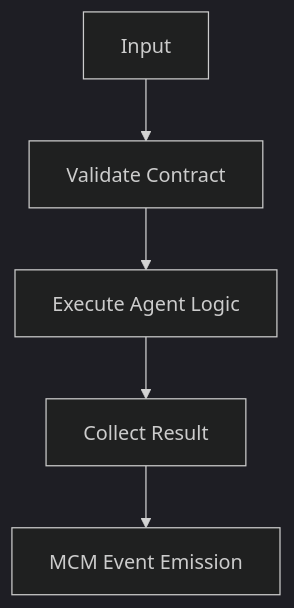
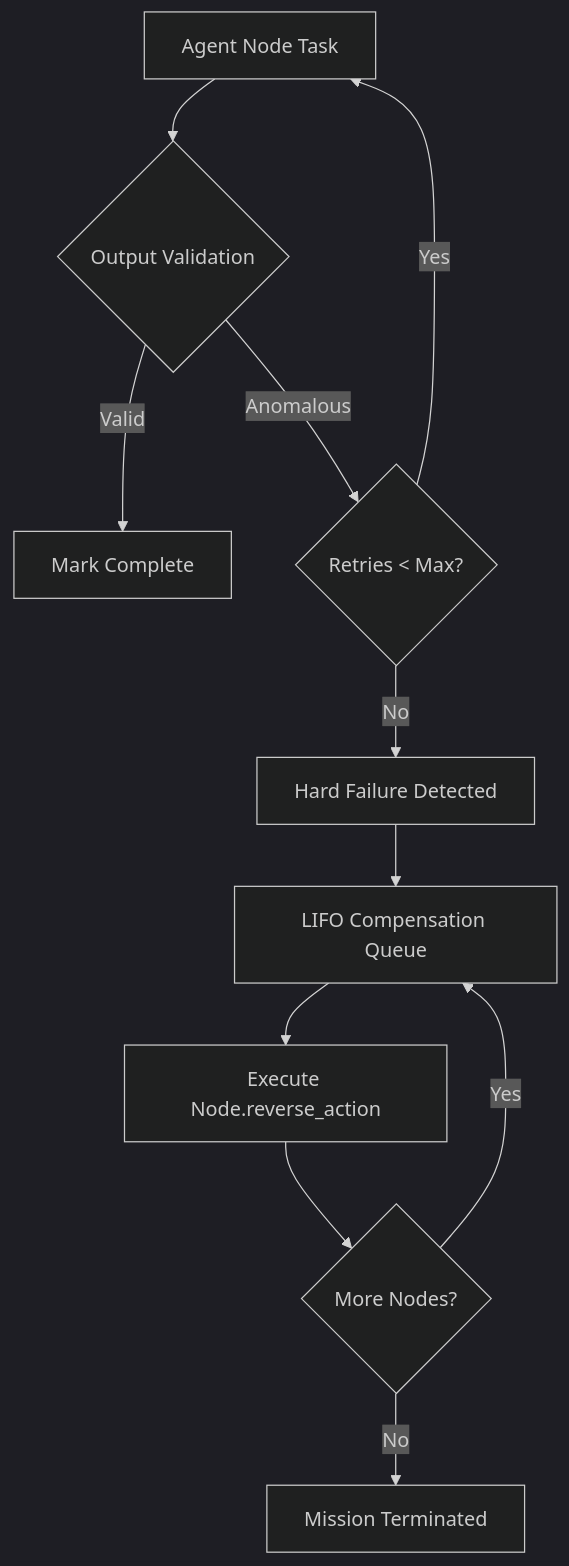
The tenth of 12 diagrams in README.md (Blackdrg/levi-ai-innovate), drawn with Mermaid (dark theme) before and after one commit. The commit also changed other lines of this file and 34 other files, not shown here.

Commit message:
feat: finalize production documentation and architectural hardening

````diff
--- a/README.md
+++ b/README.md
@@ -959,7 +231,13 @@
 ```mermaid
 graph TD
-    In[Input] --> Valid[Validate Contract]
-    Valid --> Exec[Execute Agent Logic]
-    Exec --> Out[Collect Result]
-    Out --> Store[MCM Event Emission]
+    Node[Agent Node Task] --> Verify{Output Validation}
+    Verify -- Valid --> Done[Mark Complete]
+    Verify -- Anomalous --> Retry{Retries < Max?}
+    Retry -- Yes --> Node
+    Retry -- No --> HardFail[Hard Failure Detected]
+    HardFail --> LIFO[LIFO Compensation Queue]
+    LIFO --> Step[Execute Node.reverse_action]
+    Step --> More{More Nodes?}
+    More -- Yes --> LIFO
+    More -- No --> Aborted[Mission Terminated]
 ```
````
